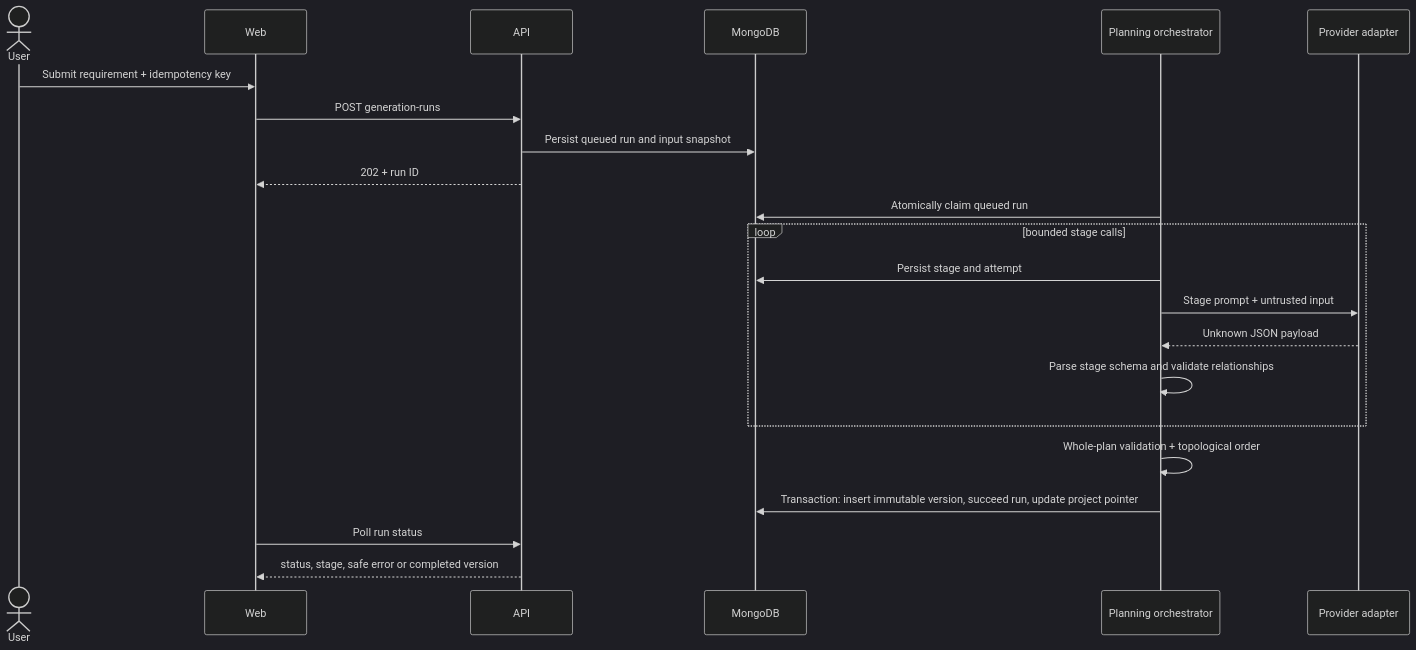
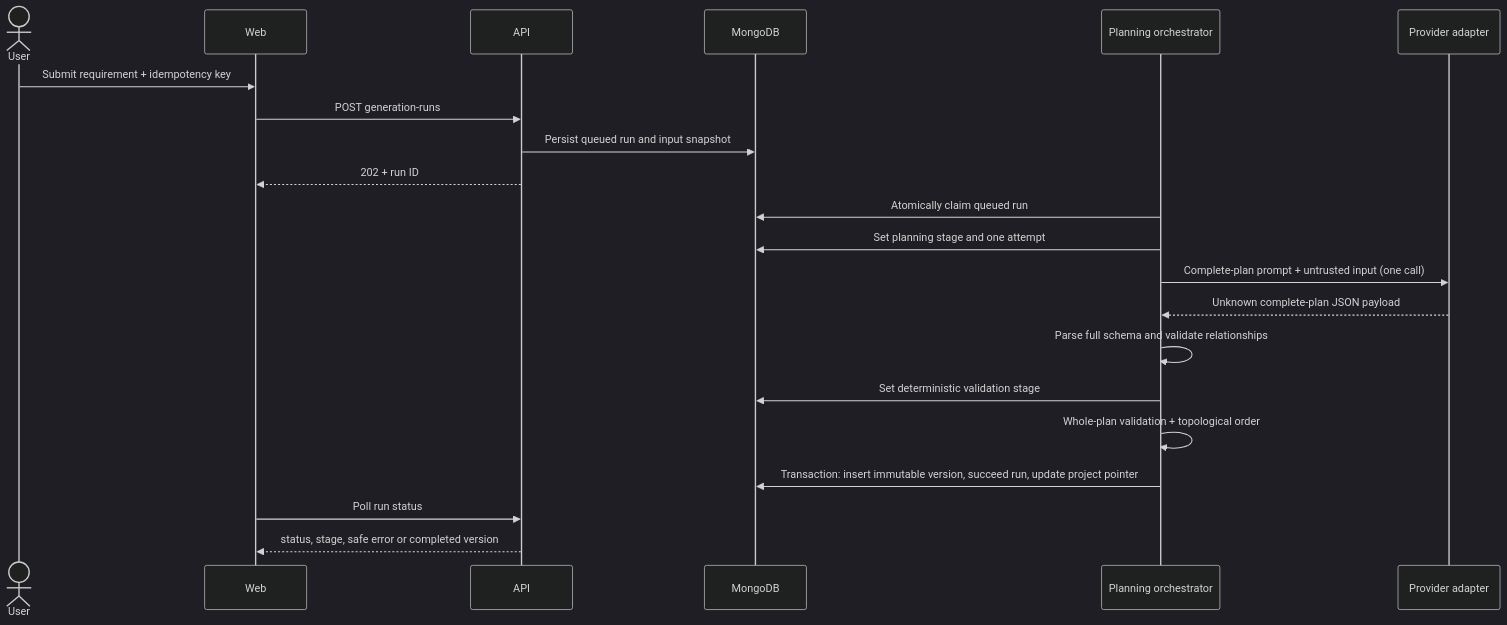
Before and after one commit to MuhammadSalman-abc/Agentic-AI-Salman: the first of 2 diagrams in architecture/03-generation-workflow.md, drawn with Mermaid (dark theme). The commit also changed other lines of this file and 78 other files, not shown here.

````diff
--- a/architecture/03-generation-workflow.md
+++ b/architecture/03-generation-workflow.md
@@ -5,24 +5,23 @@
 ```mermaid
 sequenceDiagram
   actor User
   participant Web
   participant API
   participant DB as MongoDB
   participant Runner as Planning orchestrator
   participant LLM as Provider adapter
   User->>Web: Submit requirement + idempotency key
   Web->>API: POST generation-runs
   API->>DB: Persist queued run and input snapshot
   API-->>Web: 202 + run ID
   Runner->>DB: Atomically claim queued run
-  loop bounded stage calls
-    Runner->>DB: Persist stage and attempt
-    Runner->>LLM: Stage prompt + untrusted input
-    LLM-->>Runner: Unknown JSON payload
-    Runner->>Runner: Parse stage schema and validate relationships
-  end
+  Runner->>DB: Set planning stage and one attempt
+  Runner->>LLM: Complete-plan prompt + untrusted input (one call)
+  LLM-->>Runner: Unknown complete-plan JSON payload
+  Runner->>Runner: Parse full schema and validate relationships
+  Runner->>DB: Set deterministic validation stage
   Runner->>Runner: Whole-plan validation + topological order
   Runner->>DB: Transaction: insert immutable version, succeed run, update project pointer
   Web->>API: Poll run status
   API-->>Web: status, stage, safe error or completed version
 ```
````
